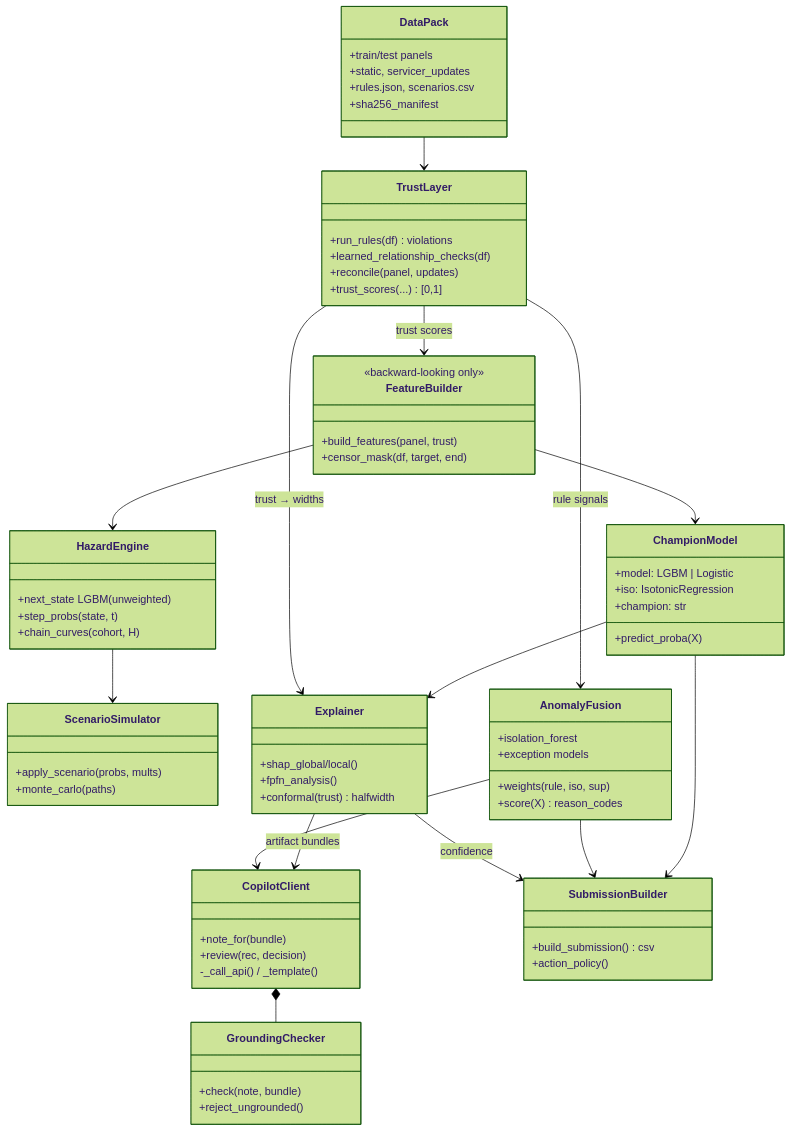
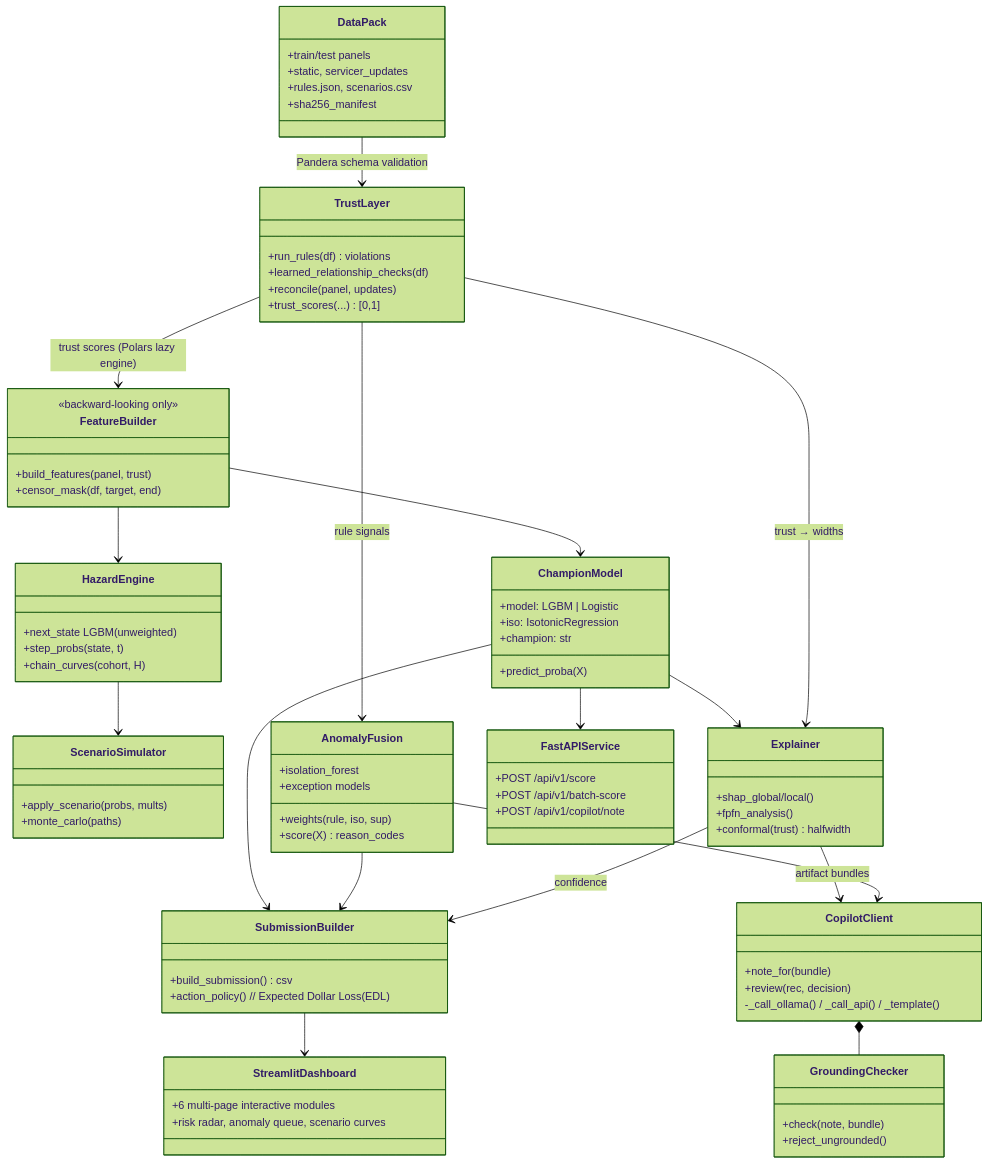
Before and after one commit to Harsh067899/Intain_Round_2_Prototype_Harsh: the second of 2 diagrams in SOLUTION_STORY.md, drawn with Mermaid (forest theme). The commit also changed other lines of this file and 33 other files, not shown here.

Commit message:
feat: complete Phases 1-4 (Streamlit dashboard, Polars/Pandera, EDL policy, FastAPI, Ollama)

````diff
--- a/SOLUTION_STORY.md
+++ b/SOLUTION_STORY.md
@@ -169,7 +169,7 @@
     class CopilotClient {
         +note_for(bundle)
         +review(rec, decision)
-        -_call_api() / _template()
+        -_call_ollama() / _call_api() / _template()
     }
     class GroundingChecker {
         +check(note, bundle)
@@ -177,10 +177,19 @@
     }
     class SubmissionBuilder {
         +build_submission() csv
-        +action_policy()
+        +action_policy() // Expected Dollar Loss (EDL)
     }
-    DataPack --> TrustLayer
-    TrustLayer --> FeatureBuilder : trust scores
+    class StreamlitDashboard {
+        +6 multi-page interactive modules
+        +risk radar, anomaly queue, scenario curves
+    }
+    class FastAPIService {
+        +POST /api/v1/score
+        +POST /api/v1/batch-score
+        +POST /api/v1/copilot/note
+    }
+    DataPack --> TrustLayer : Pandera schema validation
+    TrustLayer --> FeatureBuilder : trust scores (Polars lazy engine)
     FeatureBuilder --> ChampionModel
     FeatureBuilder --> HazardEngine
     HazardEngine --> ScenarioSimulator
@@ -193,4 +202,6 @@
     ChampionModel --> SubmissionBuilder
     AnomalyFusion --> SubmissionBuilder
     Explainer --> SubmissionBuilder : confidence
+    SubmissionBuilder --> StreamlitDashboard
+    ChampionModel --> FastAPIService
 ```
````
